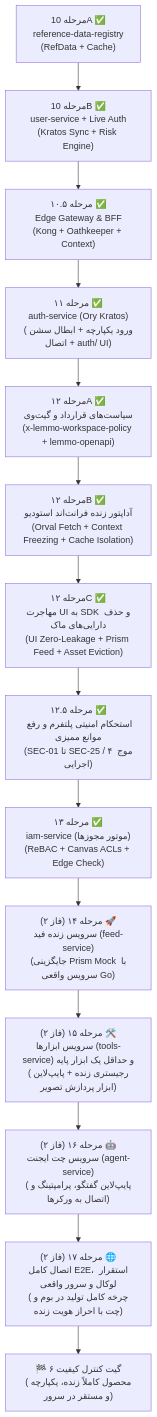
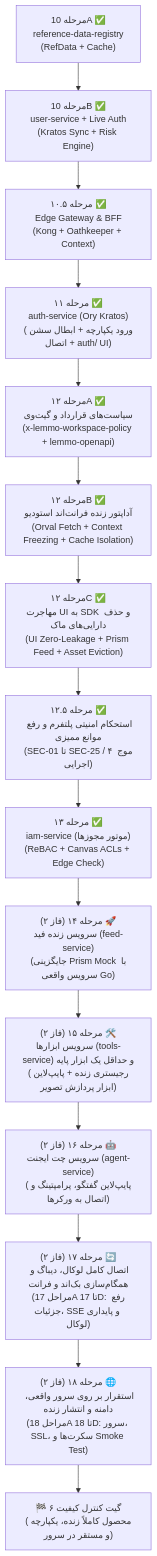
The second of 3 diagrams in docs/lemmo/03-backend/roadmap.md (itstalentnet/dotdive), drawn with Mermaid before and after one commit. The commit also changed other lines of this file, not shown here.

Commit message:
docs(roadmap): decouple Stage 17 local sync/polish and Stage 18 production server release

````diff
--- a/docs/lemmo/03-backend/roadmap.md
+++ b/docs/lemmo/03-backend/roadmap.md
@@ -121,16 +121,17 @@
 ```mermaid
 flowchart TD
     S10A["مرحله 10A ✅<br>reference-data-registry<br>(RefData + Cache)"] --> S10B["مرحله 10B ✅<br>user-service + Live Auth<br>(Kratos Sync + Risk Engine)"]
     S10B --> S105["مرحله ۱۰.۵ ✅<br>Edge Gateway & BFF<br>(Kong + Oathkeeper + Context)"]
     S105 --> S11["مرحله ۱۱ ✅<br>auth-service (Ory Kratos)<br>(ورود یکپارچه + ابطال سشن + اتصال auth/ UI)"]
     S11 --> S12A["مرحله ۱۲A ✅<br>سیاست‌های قرارداد و گیت‌وی<br>(x-lemmo-workspace-policy + lemmo-openapi)"]
     S12A --> S12B["مرحله ۱۲B ✅<br>آداپتور زنده فرانت‌اند استودیو<br>(Orval Fetch + Context Freezing + Cache Isolation)"]
     S12B --> S12C["مرحله ۱۲C ✅<br>مهاجرت UI به SDK و حذف دارایی‌های ماک<br>(UI Zero-Leakage + Prism Feed + Asset Eviction)"]
     S12C --> S125["مرحله ۱۲.۵ ✅<br>استحکام امنیتی پلتفرم و رفع موانع ممیزی<br>(SEC-01 تا SEC-25 / ۴ موج اجرایی)"]
     S125 --> S13["مرحله ۱۳ ✅<br>iam-service (موتور مجوزها)<br>(ReBAC + Canvas ACLs + Edge Check)"]
     S13 --> S14["مرحله ۱۴ (فاز ۲) 🚀<br>سرویس زنده فید (feed-service)<br>(جایگزینی Prism Mock با سرویس واقعی Go)"]
     S14 --> S15["مرحله ۱۵ (فاز ۲) 🛠️<br>سرویس ابزارها (tools-service) و حداقل یک ابزار پایه<br>(رجیستری زنده + پایپ‌لاین ابزار پردازش تصویر)"]
     S15 --> S16["مرحله ۱۶ (فاز ۲) 🤖<br>سرویس چت ایجنت (agent-service)<br>(پایپ‌لاین گفتگو، پرامپتینگ و اتصال به ورکرها)"]
-    S16 --> S17["مرحله ۱۷ (فاز ۲) 🌐<br>اتصال کامل E2E، استقرار لوکال و سرور واقعی<br>(چرخه کامل تولید در بوم و چت با احراز هویت زنده)"]
-    S17 --> Gate6["🏁 گیت کنترل کیفیت ۶<br>(محصول کاملاً زنده، یکپارچه و مستقر در سرور)"]
+    S16 --> S17["مرحله ۱۷ (فاز ۲) 🔄<br>اتصال کامل لوکال، دیباگ و همگام‌سازی بک‌اند و فرانت<br>(مراحل 17A تا 17D: رفع جزئیات، SSE و پایداری لوکال)"]
+    S17 --> S18["مرحله ۱۸ (فاز ۲) 🌐<br>استقرار بر روی سرور واقعی، دامنه و انتشار زنده<br>(مراحل 18A تا 18D: سرور، SSL، سکرت‌ها و Smoke Test)"]
+    S18 --> Gate6["🏁 گیت کنترل کیفیت ۶<br>(محصول کاملاً زنده، یکپارچه و مستقر در سرور)"]
 ```
````
